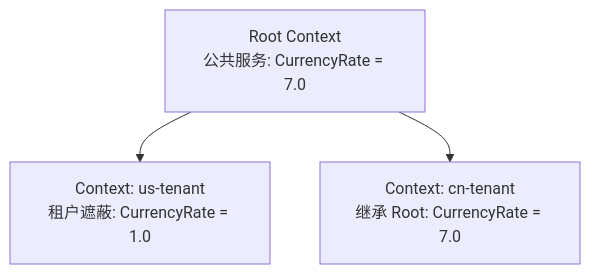
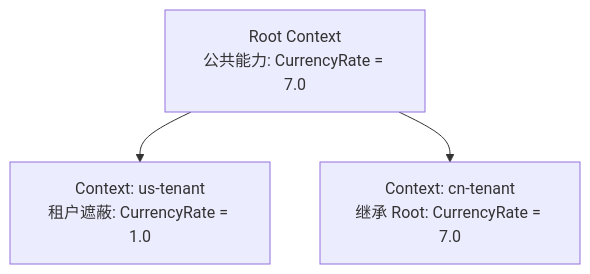
Before and after one commit to fjay/knotra: the third of 5 diagrams in docs/Knotra API 与集成指南.md, drawn with Mermaid. The commit also changed other lines of this file and 7 other files, not shown here.

````diff
--- a/docs/Knotra API 与集成指南.md
+++ b/docs/Knotra API 与集成指南.md
@@ -163,9 +155,9 @@
 ```mermaid
 graph TD
-    Root["Root Context<br/>公共服务: CurrencyRate = 7.0"]
+    Root["Root Context<br/>公共能力: CurrencyRate = 7.0"]
     US["Context: us-tenant<br/>租户遮蔽: CurrencyRate = 1.0"]
     CN["Context: cn-tenant<br/>继承 Root: CurrencyRate = 7.0"]
 
     Root --> US
     Root --> CN
 ```
````
